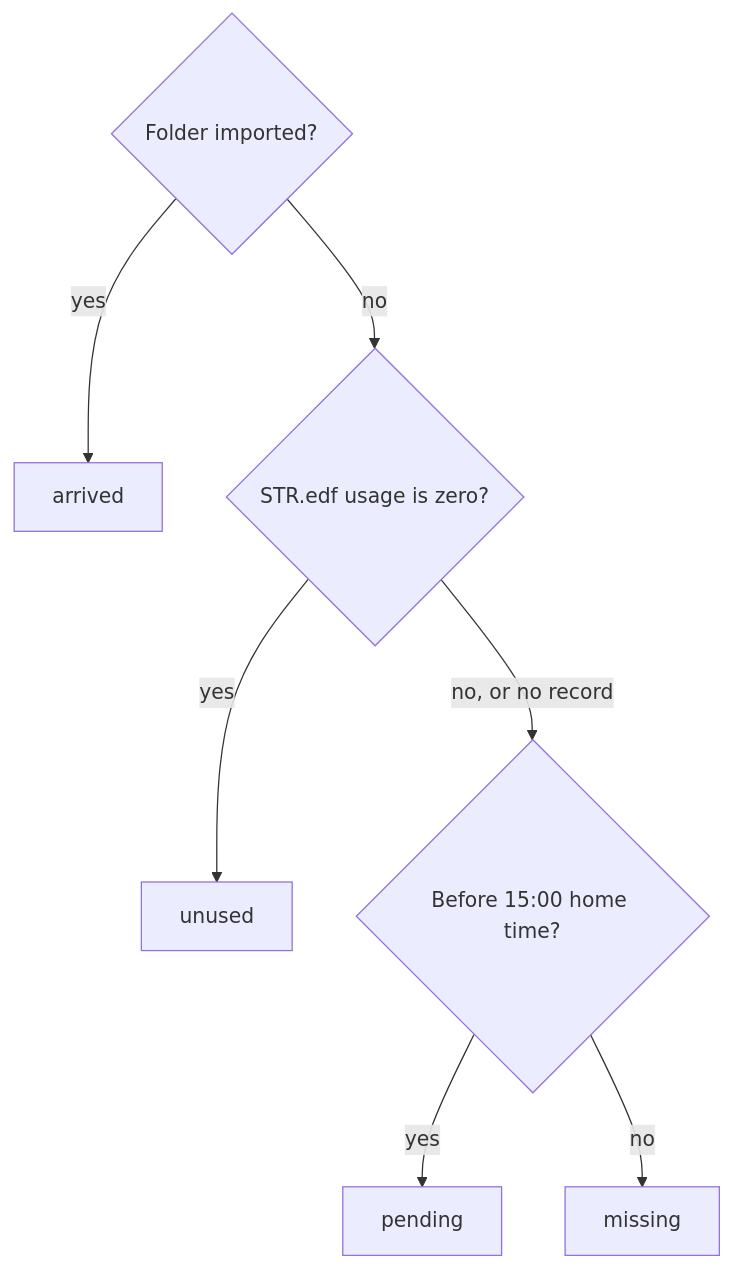
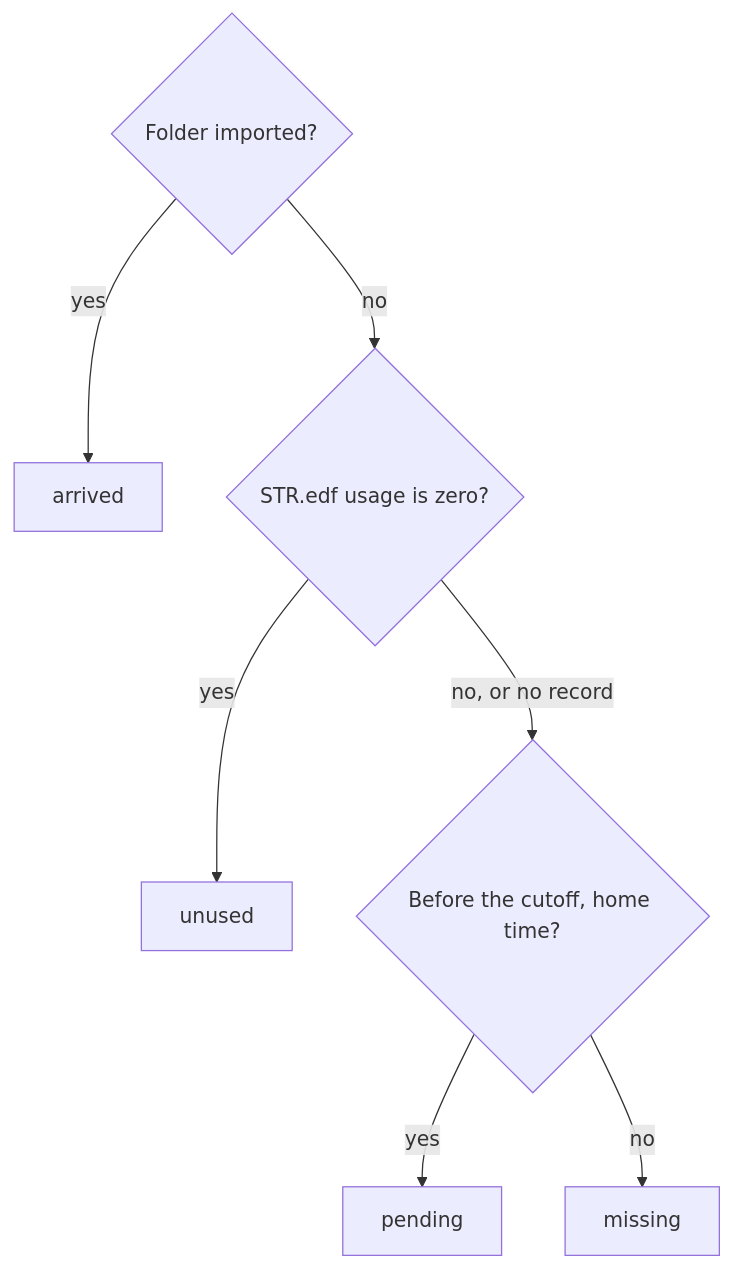
One commit to bojanrajkovic/airway changed the diagram in docs/trends.md. Above: the diagram before and after it, drawn with Mermaid. The commit also changed other lines of this file and 6 other files, not shown here.

````diff
--- a/docs/trends.md
+++ b/docs/trends.md
@@ -44,9 +44,9 @@
 ```mermaid
 flowchart TD
   A{Folder imported?} -->|yes| arrived
   A -->|no| B{STR.edf usage is zero?}
   B -->|yes| unused
-  B -->|"no, or no record"| C{Before 15:00 home time?}
+  B -->|"no, or no record"| C{Before the cutoff, home time?}
   C -->|yes| pending
   C -->|no| missing
 ```
````
